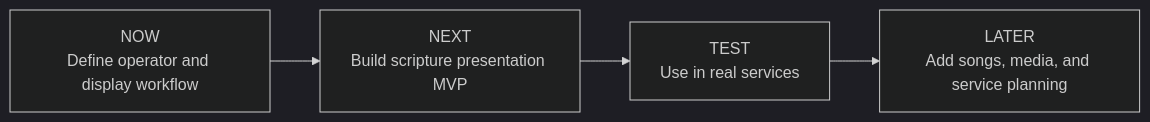
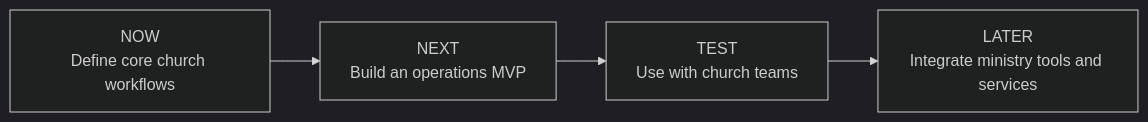
One commit to the-open-church-project/.github changed the diagram in roadmaps/verger/ROADMAP.md. Above: the diagram before and after it, drawn with Mermaid (dark theme). The commit also changed other lines of this file and 5 other files, not shown here.

Commit message:
Separate Verger and Open Worship roadmaps

````diff
--- a/roadmaps/verger/ROADMAP.md
+++ b/roadmaps/verger/ROADMAP.md
@@ -13,8 +13,8 @@
 ```mermaid
 flowchart LR
-    A["NOW<br/>Define operator and display workflow"]
-    B["NEXT<br/>Build scripture presentation MVP"]
-    C["TEST<br/>Use in real services"]
-    D["LATER<br/>Add songs, media, and service planning"]
+    A["NOW<br/>Define core church workflows"]
+    B["NEXT<br/>Build an operations MVP"]
+    C["TEST<br/>Use with church teams"]
+    D["LATER<br/>Integrate ministry tools and services"]
     A --> B --> C --> D
 ```
````
